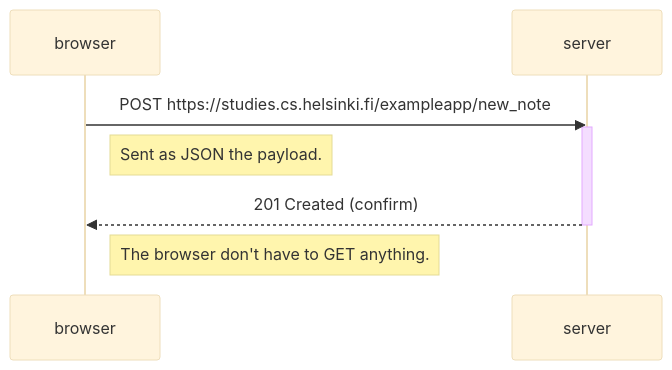
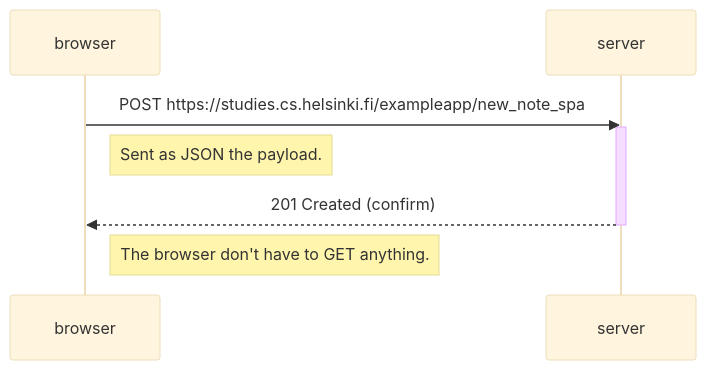
One commit to c-marc/FSO changed the third of 3 diagrams in part0/ex4.md. Above: the diagram before and after it, drawn with Mermaid (base theme). The commit also changed other lines of this file, not shown here.

Commit message:
Fix URL for SPA

````diff
--- a/part0/ex4.md
+++ b/part0/ex4.md
@@ -88,15 +91,15 @@
 ```mermaid
 sequenceDiagram
     participant browser
     participant server
 
-    browser->>server: POST https://studies.cs.helsinki.fi/exampleapp/new_note
+    browser->>server: POST https://studies.cs.helsinki.fi/exampleapp/new_note_spa
     activate server
 
     Note right of browser: Sent as JSON the payload.
 
     server-->>browser: 201 Created (confirm)
     deactivate server
 
     Note right of browser: The browser don't have to GET anything.
 ```
````
